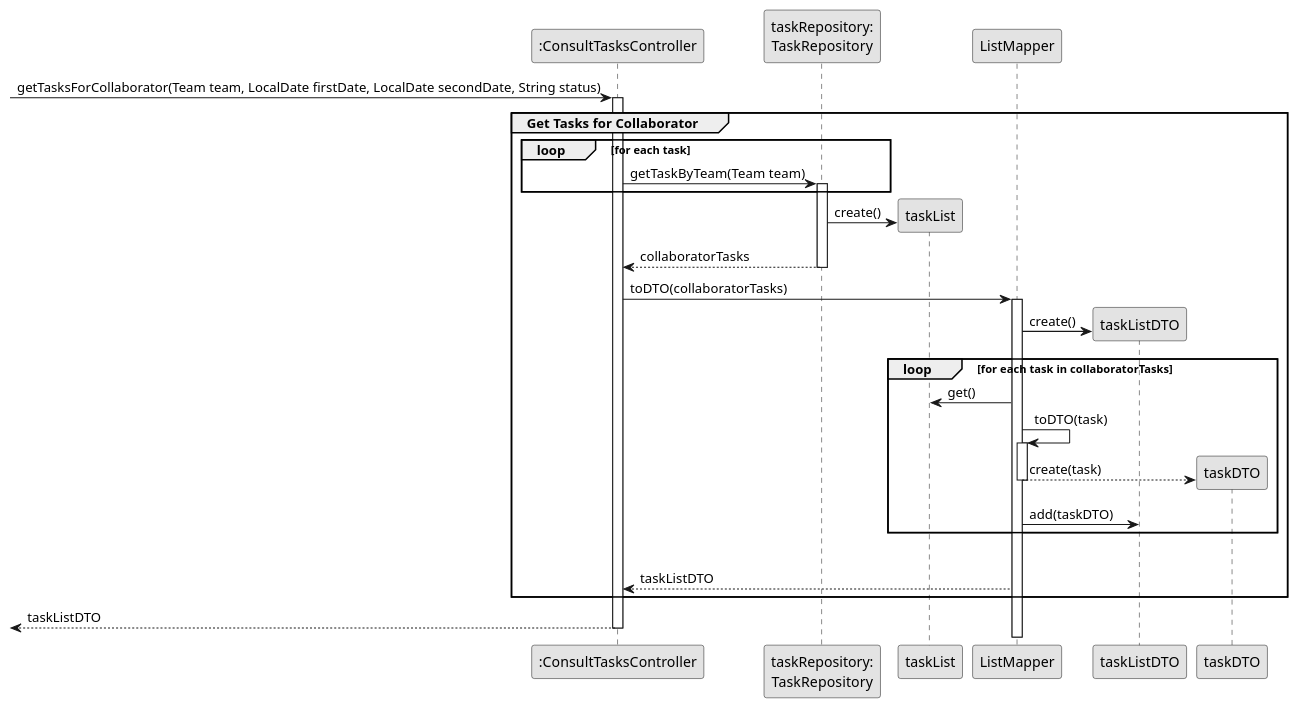
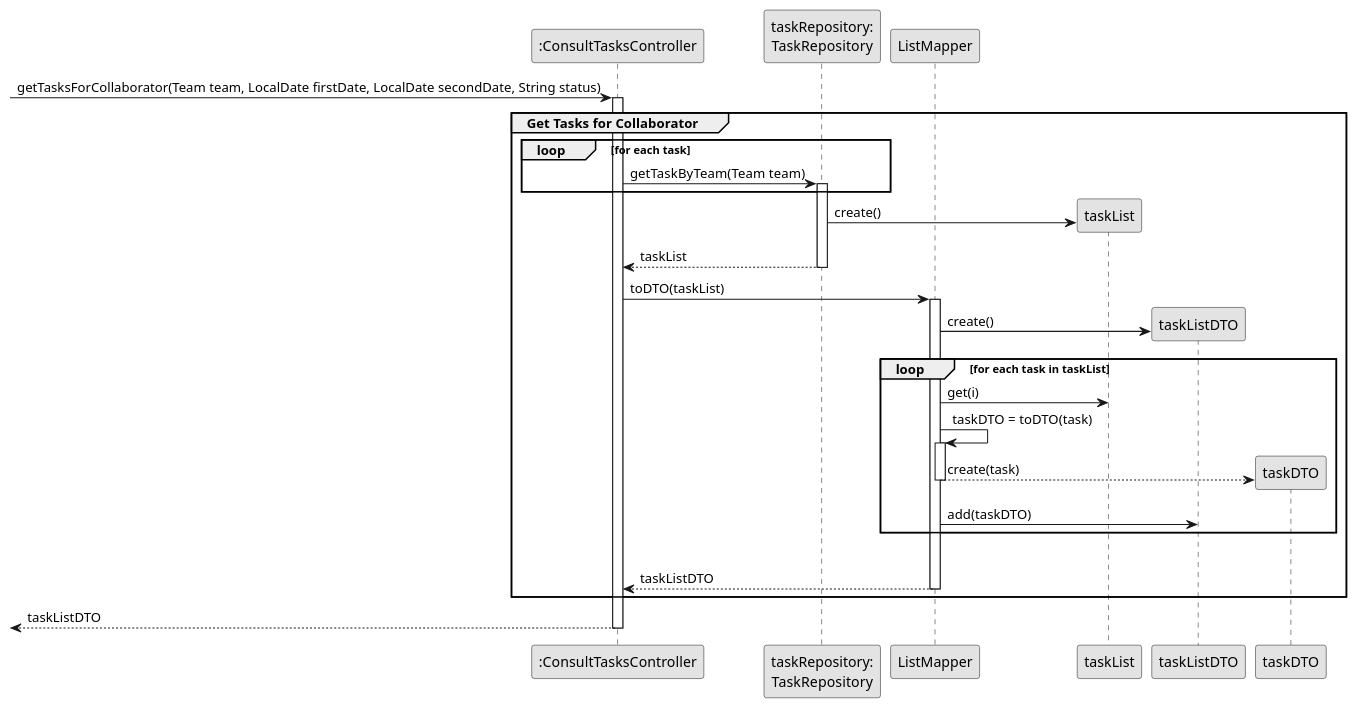
Before and after one commit to tiagosoa/lei-24-s2-1dgh-g073: the diagram in docs/sprint3/us028/03.design/puml/us001-sequence-diagram-partial-create-skill.puml, drawn with PlantUML. The commit also changed 1 other file, not shown here.

Commit message:
Fixes to DTO diagram

```diff
--- a/docs/sprint3/us028/03.design/puml/us001-sequence-diagram-partial-create-skill.puml
+++ b/docs/sprint3/us028/03.design/puml/us001-sequence-diagram-partial-create-skill.puml
@@ -1,61 +1,62 @@
 @startuml
 skinparam monochrome true
 skinparam packageStyle rectangle
 skinparam shadowing false
 
 
 
 participant ":ConsultTasksController" as CTRL
 participant "taskRepository:\nTaskRepository" as TAR
+participant "ListMapper" as LM
 participant "taskList" as TL
-participant "ListMapper" as LM
 participant "taskListDTO" as TLDTO
 participant "taskDTO" as TDTO
 
         -> CTRL : getTasksForCollaborator(Team team, LocalDate firstDate, LocalDate secondDate, String status)
                   activate CTRL
     group Get Tasks for Collaborator
 
 
                      loop for each task
                          CTRL -> TAR : getTaskByTeam(Team team)
                          activate TAR
                      end
 
                      TAR -> TL**: create()
 
-                     TAR --> CTRL: collaboratorTasks
+                     TAR --> CTRL: taskList
                      deactivate TAR
 
-                     CTRL -> LM: toDTO(collaboratorTasks)
+                     CTRL -> LM: toDTO(taskList)
                      activate LM
 
                      LM -> TLDTO**: create()
 
-                     loop for each task in collaboratorTasks
+                     loop for each task in taskList
 
-                     LM -> TL: get()
+                     LM -> TL: get(i)
 
-                     LM -> LM: toDTO(task)
+                     LM -> LM: taskDTO = toDTO(task)
                      activate LM
 
                      LM --> TDTO**: create(task)
                      deactivate LM
 
                      LM -> TLDTO: add(taskDTO)
                      end
 
 
 
                      |||
 
                          LM --> CTRL : taskListDTO
+                         deactivate LM
 
 
     end
 
     <-- CTRL : taskListDTO
 deactivate CTRL
 
 
 @enduml
```
